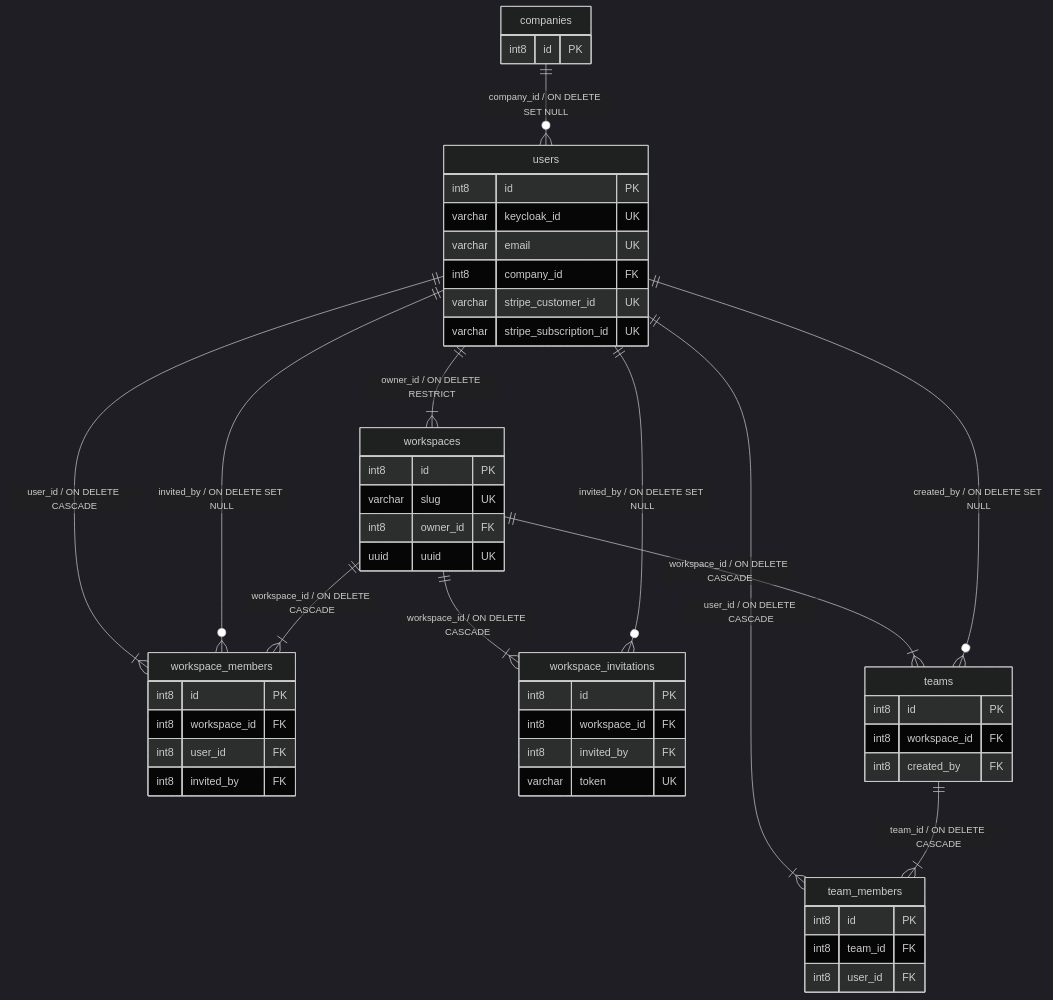
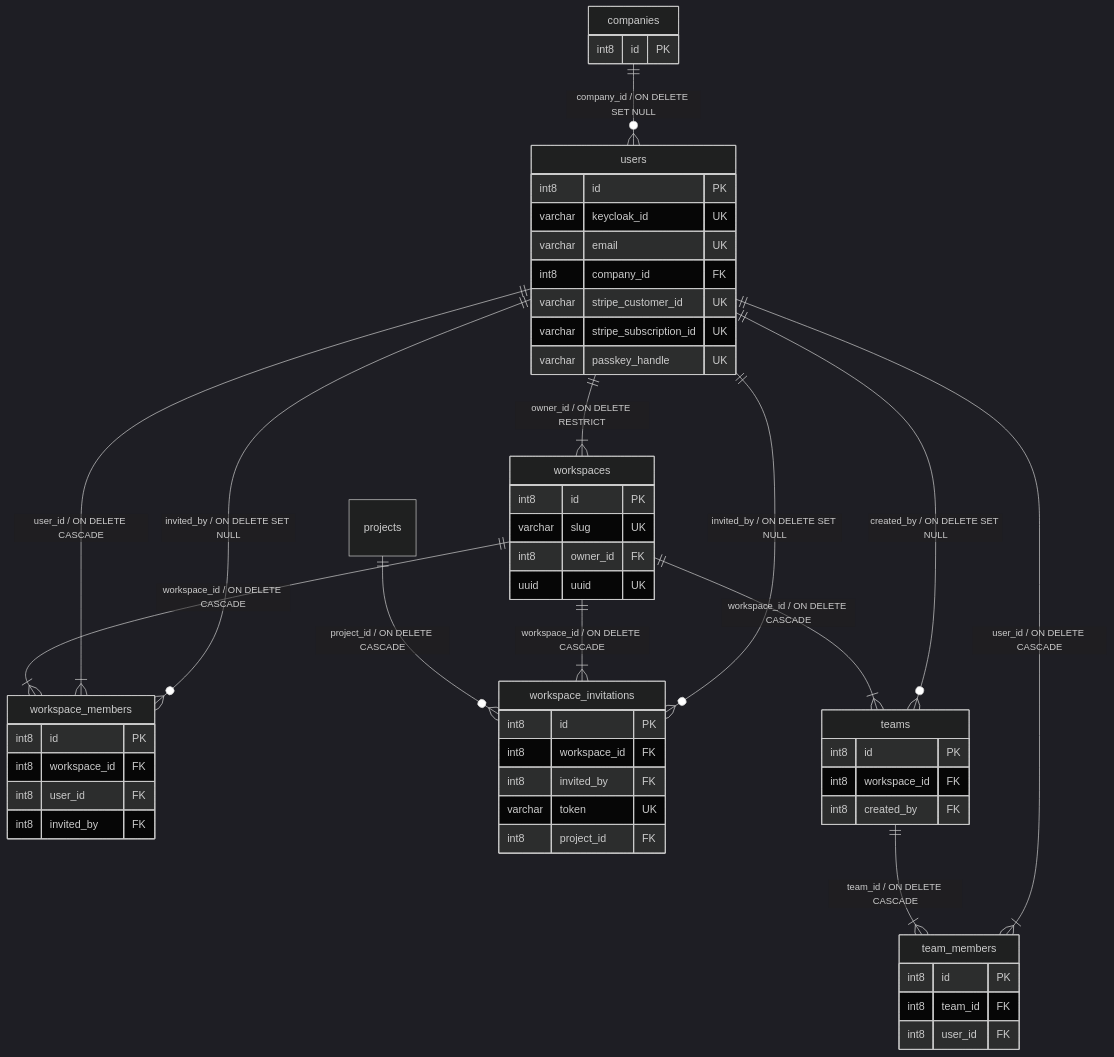
The second of 9 diagrams in v1/03-architecture/Modele_Donnees_MCD_MLD.md (taskforce-project/taskforce-docs), drawn with Mermaid (dark theme) before and after one commit. The commit also changed other lines of this file and 2 other files, not shown here.

First line of the commit message:
docs(architecture): regenerate the data model, dictionary and class diagram

````diff
--- a/v1/03-architecture/Modele_Donnees_MCD_MLD.md
+++ b/v1/03-architecture/Modele_Donnees_MCD_MLD.md
@@ -126,53 +127,56 @@
 ```mermaid
 erDiagram
   users {
     int8 id PK
     varchar keycloak_id UK
     varchar email UK
     int8 company_id FK
     varchar stripe_customer_id UK
     varchar stripe_subscription_id UK
+    varchar passkey_handle UK
   }
   workspaces {
     int8 id PK
     varchar slug UK
     int8 owner_id FK
     uuid uuid UK
   }
   workspace_members {
     int8 id PK
     int8 workspace_id FK
     int8 user_id FK
     int8 invited_by FK
   }
   workspace_invitations {
     int8 id PK
     int8 workspace_id FK
     int8 invited_by FK
     varchar token UK
+    int8 project_id FK
   }
   teams {
     int8 id PK
     int8 workspace_id FK
     int8 created_by FK
   }
   team_members {
     int8 id PK
     int8 team_id FK
     int8 user_id FK
   }
   companies {
     int8 id PK
   }
   companies ||--o{ users : "company_id / ON DELETE SET NULL"
   users ||--|{ workspaces : "owner_id / ON DELETE RESTRICT"
   workspaces ||--|{ workspace_members : "workspace_id / ON DELETE CASCADE"
+  users ||--|{ workspace_members : "user_id / ON DELETE CASCADE"
   users ||--o{ workspace_members : "invited_by / ON DELETE SET NULL"
-  users ||--|{ workspace_members : "user_id / ON DELETE CASCADE"
+  projects ||--o{ workspace_invitations : "project_id / ON DELETE CASCADE"
+  workspaces ||--|{ workspace_invitations : "workspace_id / ON DELETE CASCADE"
   users ||--o{ workspace_invitations : "invited_by / ON DELETE SET NULL"
-  workspaces ||--|{ workspace_invitations : "workspace_id / ON DELETE CASCADE"
+  workspaces ||--|{ teams : "workspace_id / ON DELETE CASCADE"
   users ||--o{ teams : "created_by / ON DELETE SET NULL"
-  workspaces ||--|{ teams : "workspace_id / ON DELETE CASCADE"
   teams ||--|{ team_members : "team_id / ON DELETE CASCADE"
   users ||--|{ team_members : "user_id / ON DELETE CASCADE"
 ```
````
